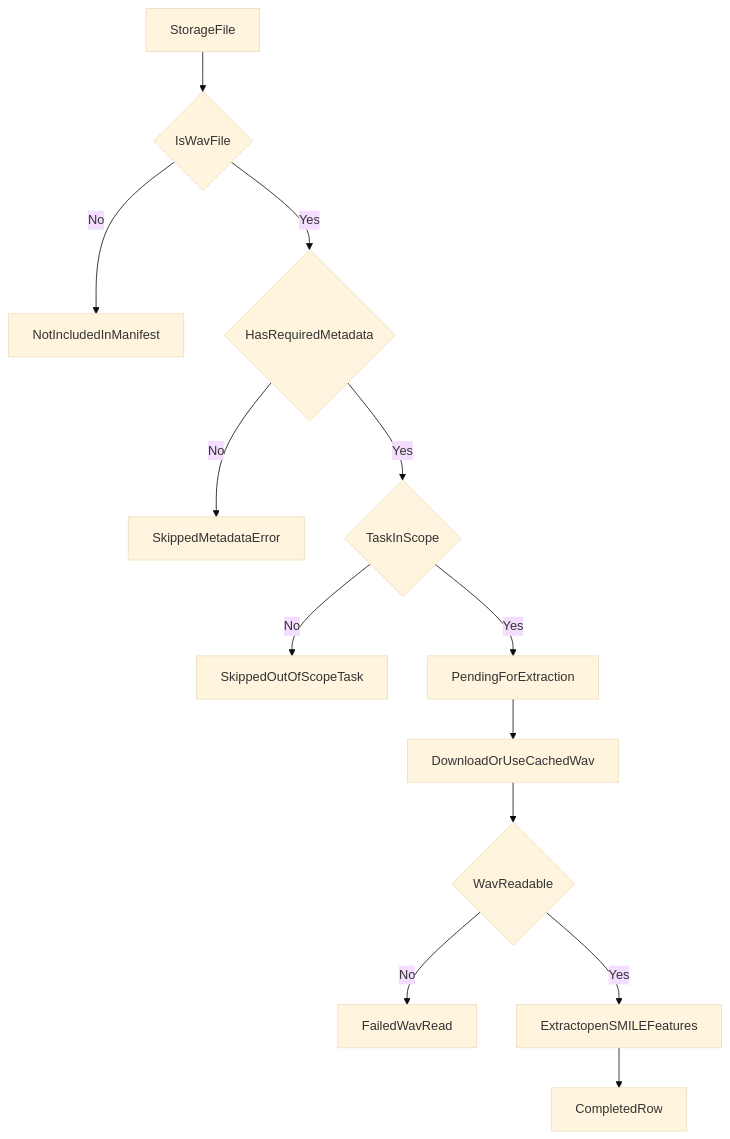
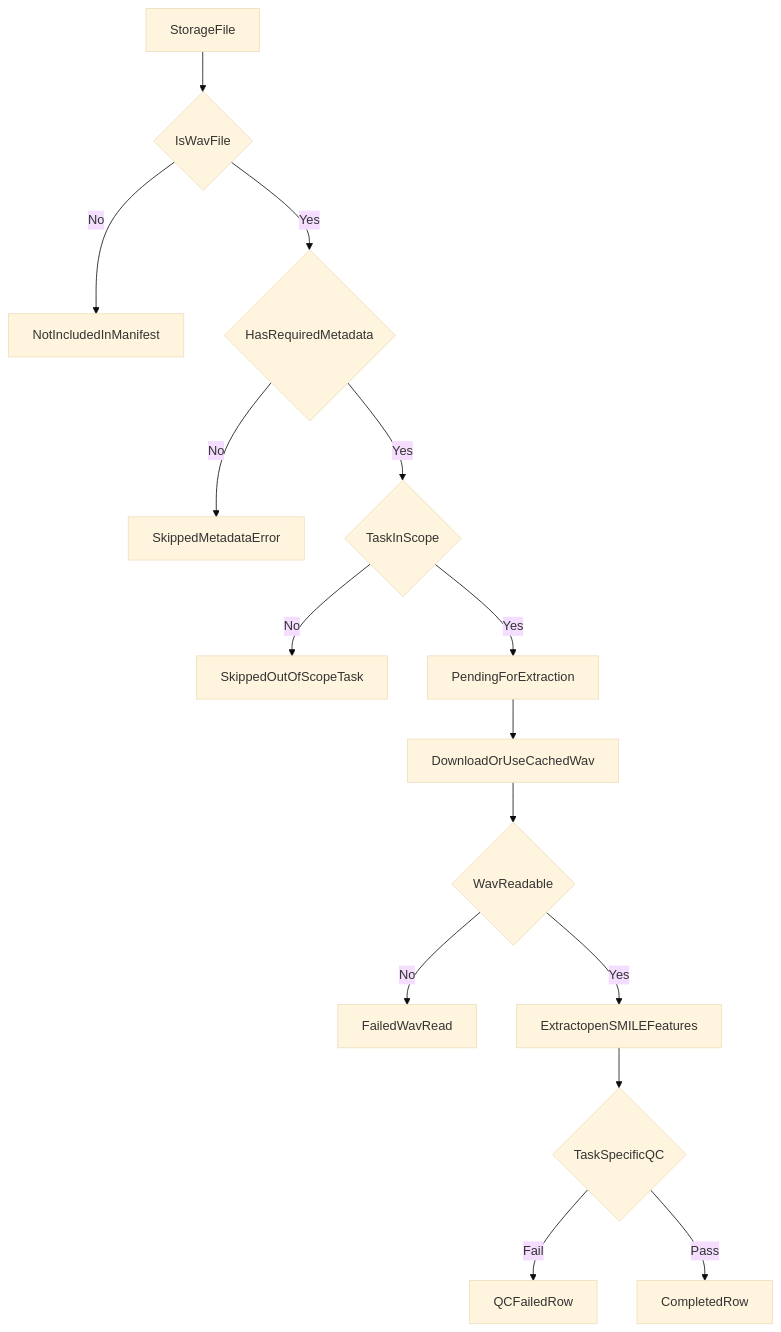
The second of 3 diagrams in PROJECT_WALKTHROUGH.md (PoisonIvory/voice_feature_extraction), drawn with Mermaid (base theme) before and after one commit. The commit also changed other lines of this file and 8 other files, not shown here.

First line of the commit message:
feat(qc): add task-specific quality gating for vowel and prosody tasks

````diff
--- a/PROJECT_WALKTHROUGH.md
+++ b/PROJECT_WALKTHROUGH.md
@@ -55,15 +57,17 @@
 ```mermaid
 flowchart TD
     start[StorageFile] --> isWav{IsWavFile}
     isWav -- No --> notIncluded[NotIncludedInManifest]
     isWav -- Yes --> metadataCheck{HasRequiredMetadata}
     metadataCheck -- No --> skippedMeta[SkippedMetadataError]
     metadataCheck -- Yes --> inScopeTask{TaskInScope}
     inScopeTask -- No --> skippedScope[SkippedOutOfScopeTask]
     inScopeTask -- Yes --> pending[PendingForExtraction]
     pending --> downloadAudio[DownloadOrUseCachedWav]
     downloadAudio --> wavReadable{WavReadable}
     wavReadable -- No --> failedWav[FailedWavRead]
     wavReadable -- Yes --> extractFeatures[ExtractopenSMILEFeatures]
-    extractFeatures --> completed[CompletedRow]
+    extractFeatures --> taskQc{TaskSpecificQC}
+    taskQc -- Fail --> qcFailed[QCFailedRow]
+    taskQc -- Pass --> completed[CompletedRow]
 ```
````
